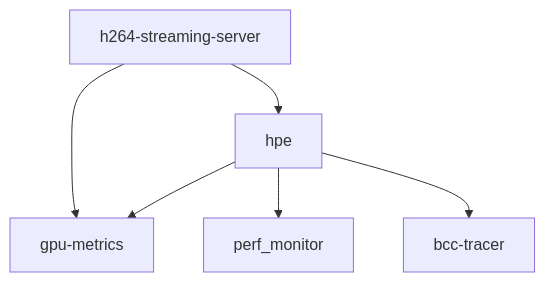
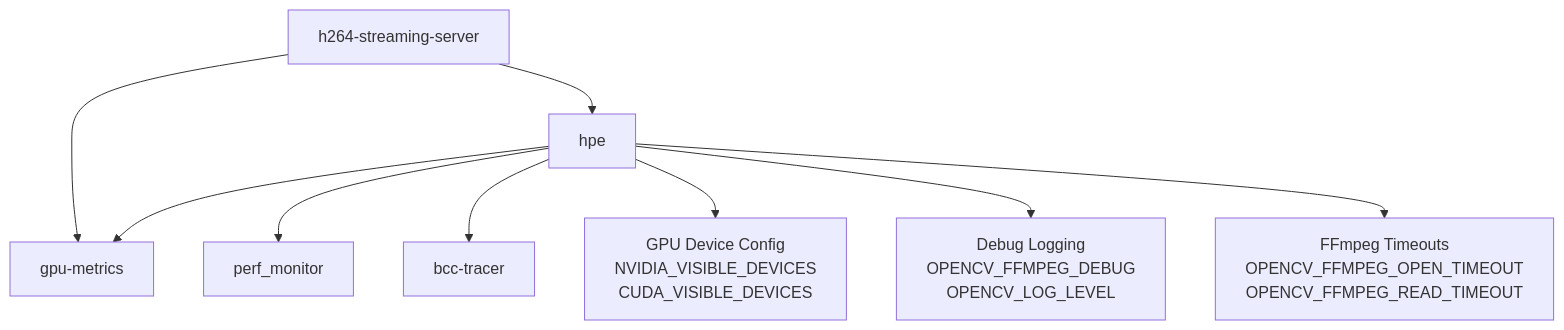
One commit to Fogus-Gr/MeasurementsDTs changed the fourth of 7 diagrams in .qoder/repowiki/en/content/Deployment Infrastructure/Deployment Infrastructure.md. Above: the diagram before and after it, drawn with Mermaid. The commit also changed other lines of this file and 8 other files, not shown here.

````diff
--- a/.qoder/repowiki/en/content/Deployment Infrastructure/Deployment Infrastructure.md
+++ b/.qoder/repowiki/en/content/Deployment Infrastructure/Deployment Infrastructure.md
@@ -185,8 +208,11 @@
 ```mermaid
 graph TB
 S["h264-streaming-server"] --> H["hpe"]
 S --> M["gpu-metrics"]
 H --> M
 H --> P["perf_monitor"]
 H --> B["bcc-tracer"]
+H --> G["GPU Device Config<br/>NVIDIA_VISIBLE_DEVICES<br/>CUDA_VISIBLE_DEVICES"]
+H --> L["Debug Logging<br/>OPENCV_FFMPEG_DEBUG<br/>OPENCV_LOG_LEVEL"]
+H --> T["FFmpeg Timeouts<br/>OPENCV_FFMPEG_OPEN_TIMEOUT<br/>OPENCV_FFMPEG_READ_TIMEOUT"]
 ```
````
